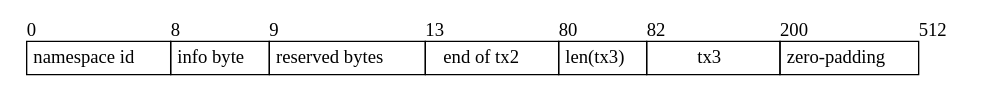
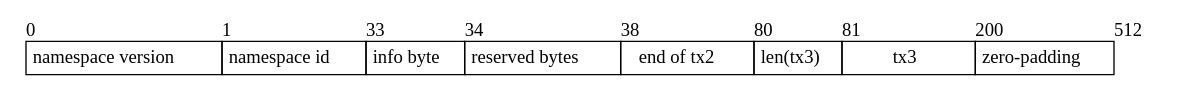
One commit to celestiaorg/celestia-app changed the diagram in specs/src/specs/figures/compact_continuation_share.dot. Above: the diagram before and after it, drawn with Graphviz. The commit also changed 8 other files, not shown here.

```diff
--- a/specs/src/specs/figures/compact_continuation_share.dot
+++ b/specs/src/specs/figures/compact_continuation_share.dot
@@ -1,27 +1,29 @@
 digraph G {
     node [shape = record, penwidth = 0];
 
     share [label=<
     <table border="0" cellborder="1" cellspacing="0">
         <tr>
             <td align="left" border="0" cellpadding="0">0</td>
-            <td align="left" border="0" cellpadding="0">8</td>
-            <td align="left" border="0" cellpadding="0">9</td>
-            <td align="left" border="0" cellpadding="0">13</td>
+            <td align="left" border="0" cellpadding="0">1</td>
+            <td align="left" border="0" cellpadding="0">33</td>
+            <td align="left" border="0" cellpadding="0">34</td>
+            <td align="left" border="0" cellpadding="0">38</td>
             <td align="left" border="0" cellpadding="0">80</td>
-            <td align="left" border="0" cellpadding="0">82</td>
+            <td align="left" border="0" cellpadding="0">81</td>
             <td align="left" border="0" cellpadding="0">200</td>
             <td align="left" border="0" cellpadding="0">512</td>
         </tr>
         <tr>
+            <td width="8" cellpadding="4">namespace version</td>
             <td width="8" cellpadding="4">namespace id</td>
             <td width="1" cellpadding="4">info byte</td>
             <td width="4" cellpadding="4">reserved bytes</td>
             <td width="100" cellpadding="4">end of tx2</td>
             <td width="2" cellpadding="4">len(tx3)</td>
             <td width="100" cellpadding="4">tx3</td>
             <td width="100" cellpadding="4">zero-padding</td>
         </tr>
     </table>
     >];
 }
```
